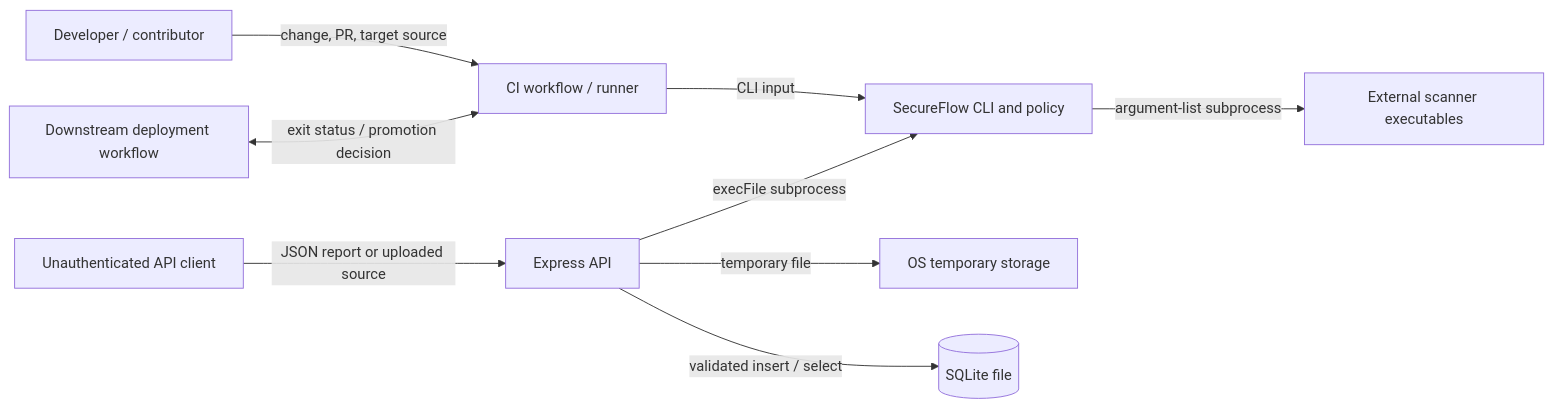
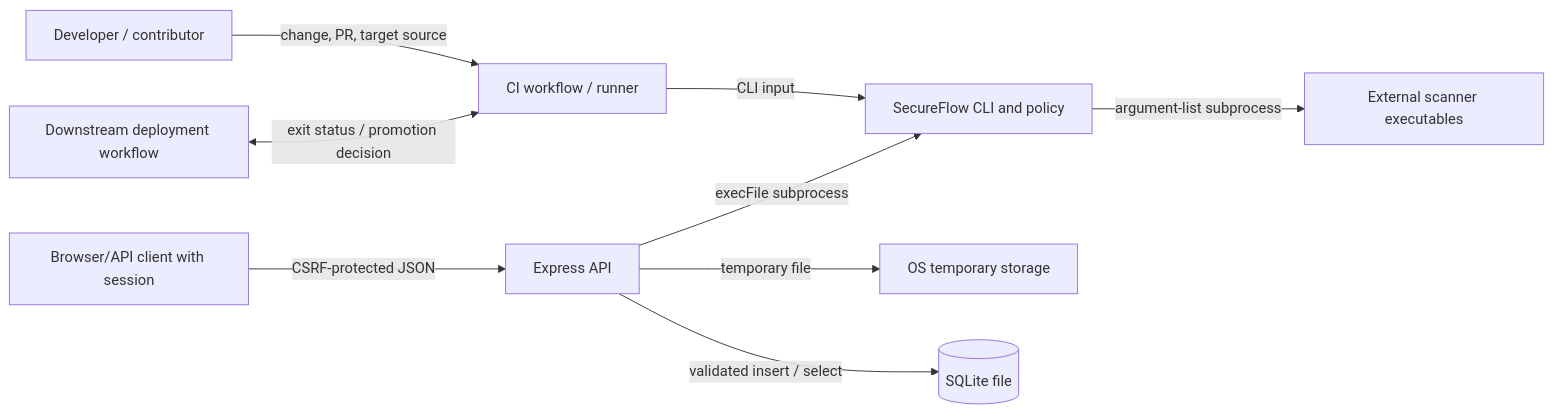
One commit to Igna73M/secureflow changed the second of 2 diagrams in docs/threat-model.md. Above: the diagram before and after it, drawn with Mermaid. The commit also changed other lines of this file and 22 other files, not shown here.

````diff
--- a/docs/threat-model.md
+++ b/docs/threat-model.md
@@ -73,11 +73,11 @@
 ```mermaid
 flowchart LR
     Contributor["Developer / contributor"] -->|"change, PR, target source"| CI["CI workflow / runner"]
     CI -->|"CLI input"| Engine["SecureFlow CLI and policy"]
     Engine -->|"argument-list subprocess"| Scanner["External scanner executables"]
-    APIClient["Unauthenticated API client"] -->|"JSON report or uploaded source"| API["Express API"]
+    APIClient["Browser/API client with session"] -->|"CSRF-protected JSON"| API["Express API"]
     API -->|"temporary file"| Temp["OS temporary storage"]
     API -->|"execFile subprocess"| Engine
     API -->|"validated insert / select"| DB[("SQLite file")]
     Deploy["Downstream deployment workflow"] <-->|"exit status / promotion decision"| CI
 ```
````
